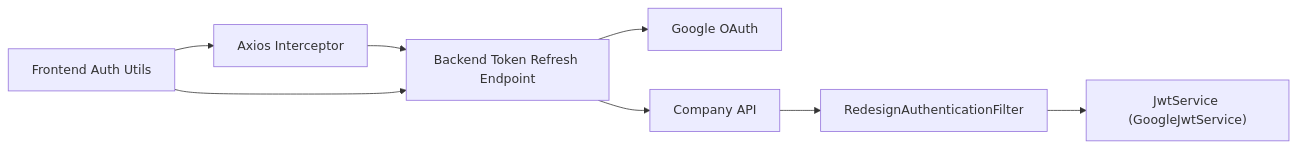
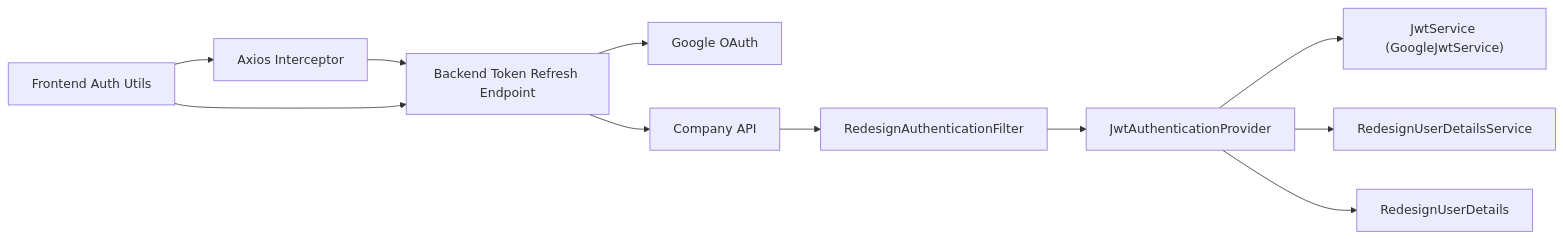
Before and after one commit to effinrich/rh-nx-monorepo: the eighth of 8 diagrams in .qoder/repowiki/en/content/Authentication & Authorization.md, drawn with Mermaid. The commit also changed other lines of this file and 130 other files, not shown here.

````diff
--- a/.qoder/repowiki/en/content/Authentication & Authorization.md
+++ b/.qoder/repowiki/en/content/Authentication & Authorization.md
@@ -296,10 +354,13 @@
 ```mermaid
 graph LR
 FEAuth["Frontend Auth Utils"] --> AxiosInt["Axios Interceptor"]
 AxiosInt --> BEAuth["Backend Token Refresh Endpoint"]
 FEAuth --> BEAuth
 BEAuth --> Google["Google OAuth"]
 BEAuth --> BECore["Company API"]
 BECore --> SecFilter["RedesignAuthenticationFilter"]
-SecFilter --> JwtSvc["JwtService (GoogleJwtService)"]
+SecFilter --> AuthProvider["JwtAuthenticationProvider"]
+AuthProvider --> JwtSvc["JwtService (GoogleJwtService)"]
+AuthProvider --> UserDetailsService["RedesignUserDetailsService"]
+AuthProvider --> UserDetails["RedesignUserDetails"]
 ```
````
